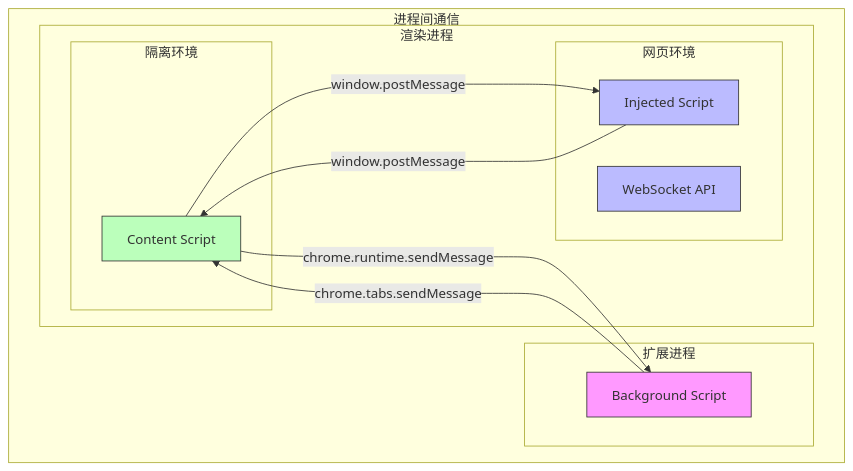
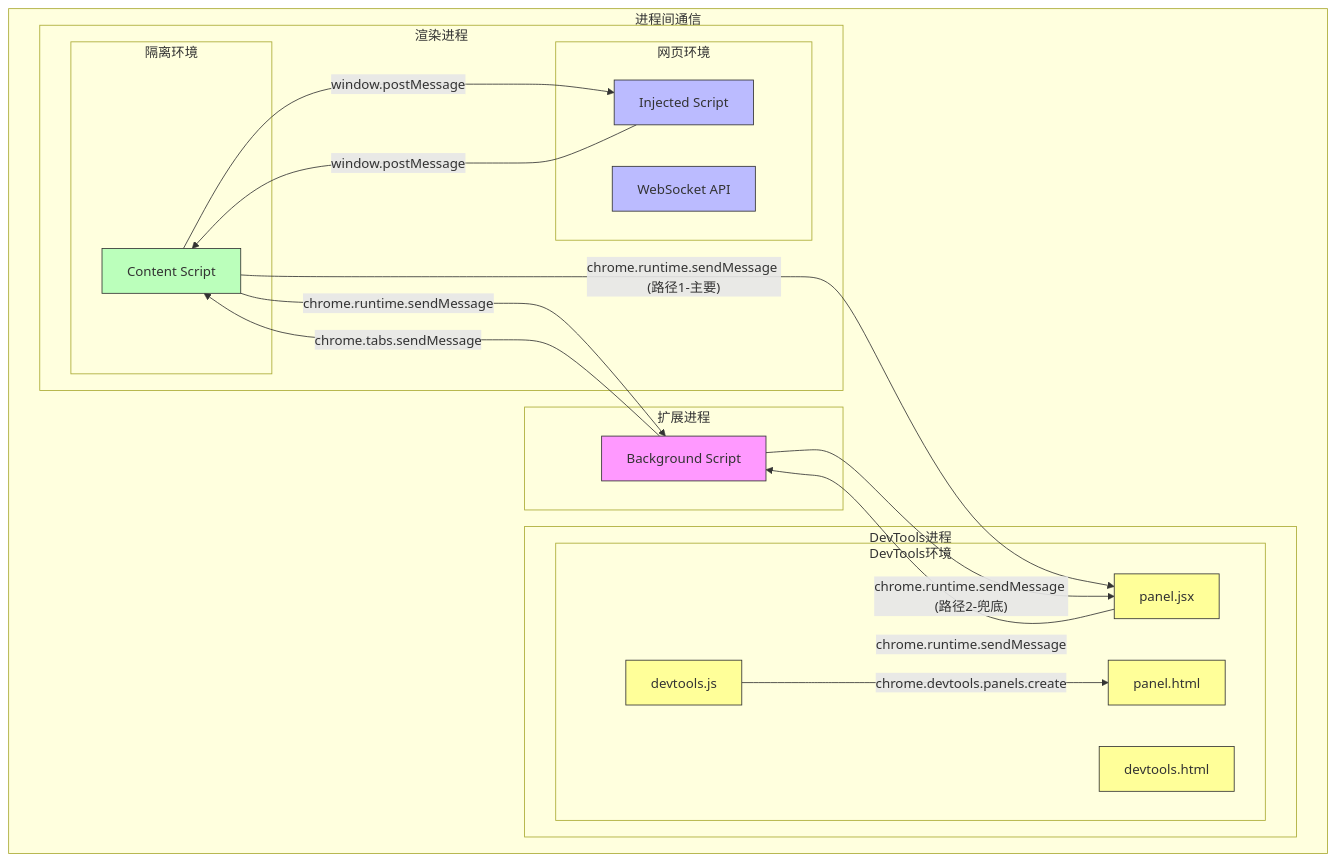
Before and after one commit to reissim/websocket-devtools: the sixth of 14 diagrams in architecture.md, drawn with Mermaid. The commit also changed other lines of this file and 3 other files, not shown here.

Commit message:
feat: implement dual-path communication and message deduplication mechanism for WebSocket events in DevTools Panel

````diff
--- a/architecture.md
+++ b/architecture.md
@@ -297,29 +547,46 @@
 ```mermaid
 graph TB
     subgraph "进程间通信"
         subgraph "扩展进程"
             BG[Background Script]
             style BG fill:#f9f,stroke:#333
+        end
+
+        subgraph "DevTools进程"
+            subgraph "DevTools环境"
+                DT[devtools.js]
+                DT_HTML[devtools.html]
+                PANEL[panel.jsx]
+                PANEL_HTML[panel.html]
+                style DT fill:#ff9,stroke:#333
+                style DT_HTML fill:#ff9,stroke:#333
+                style PANEL fill:#ff9,stroke:#333
+                style PANEL_HTML fill:#ff9,stroke:#333
+            end
         end
 
         subgraph "渲染进程"
             subgraph "网页环境"
                 WS[WebSocket API]
                 INJ[Injected Script]
                 style WS fill:#bbf,stroke:#333
                 style INJ fill:#bbf,stroke:#333
             end
 
             subgraph "隔离环境"
                 CS[Content Script]
                 style CS fill:#bfb,stroke:#333
             end
         end
 
         %% 通信线路
         CS --"window.postMessage"--> INJ
         INJ --"window.postMessage"--> CS
         CS --"chrome.runtime.sendMessage"--> BG
         BG --"chrome.tabs.sendMessage"--> CS
+        CS -->|"chrome.runtime.sendMessage (路径1-主要)"| PANEL
+        BG -->|"chrome.runtime.sendMessage (路径2-兜底)"| PANEL
+        PANEL --"chrome.runtime.sendMessage"--> BG
+        DT --"chrome.devtools.panels.create"--> PANEL_HTML
     end
 ```
````
